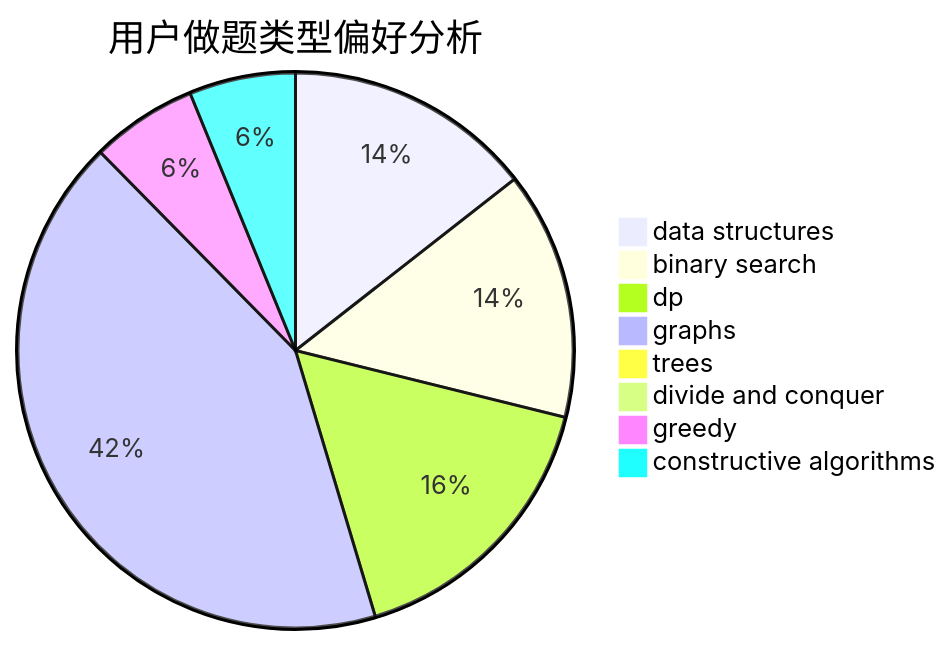
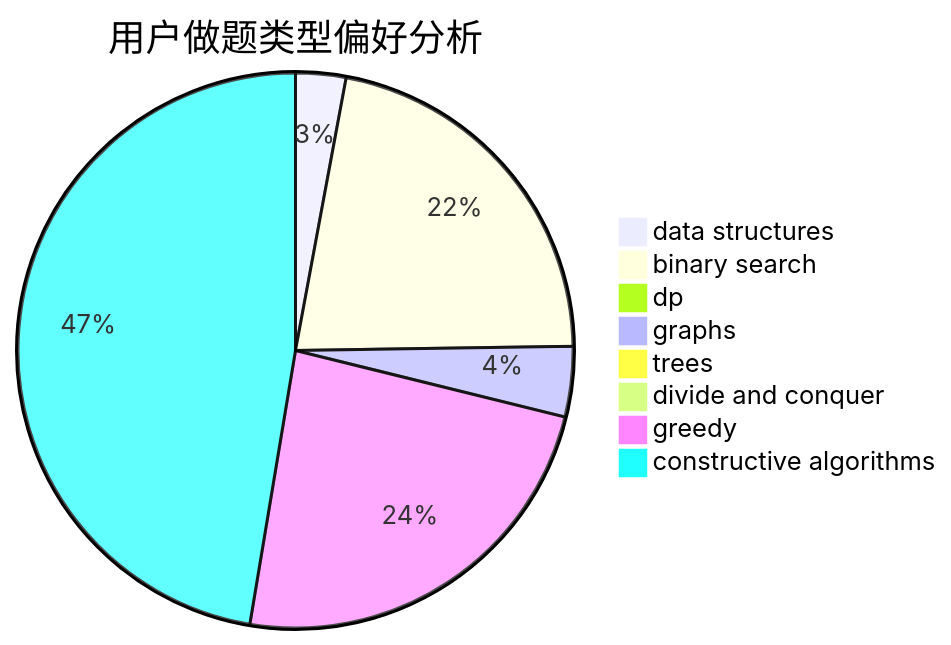
Before and after one commit to sherpahu/cfrs.github.io: the second of 3 diagrams in docs/user/u1073.md, drawn with Mermaid. The commit also changed other lines of this file and 2770 other files, not shown here.

````diff
--- a/docs/user/u1073.md
+++ b/docs/user/u1073.md
@@ -23,11 +23,11 @@
 ```mermaid
 pie title 用户做题类型偏好分析
-    "data structures" :  14
-    "binary search" :  14
-    "dp" :  16
-    "graphs" :  41
+    "data structures" :  15
+    "binary search" :  112
+    "dp" :  4
+    "graphs" :  21
     "trees" :  0
     "divide and conquer" :  0
-    "greedy" :  6
-    "constructive algorithms" :  6
+    "greedy" :  122
+    "constructive algorithms" :  243
 ```
````
